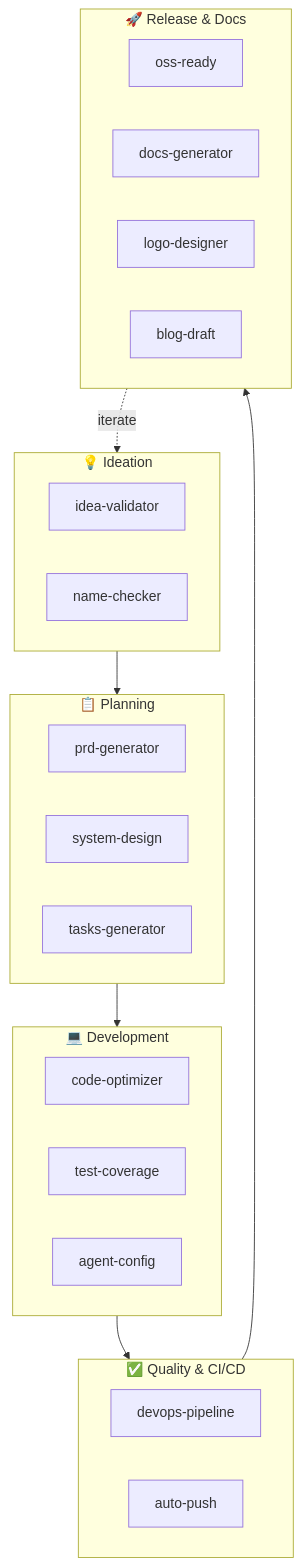
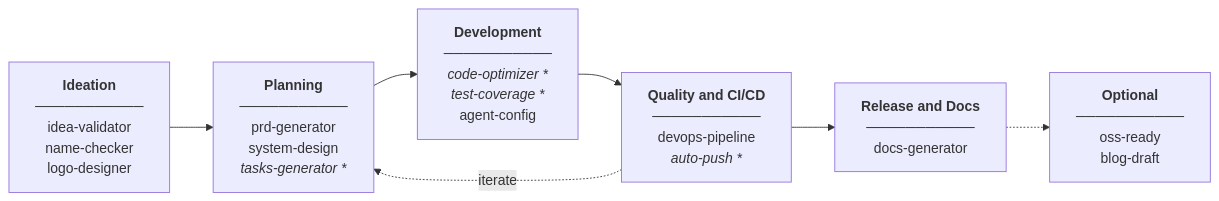
One commit to luongnv89/skills changed the diagram in README.md. Above: the diagram before and after it, drawn with Mermaid. The commit also changed other lines of this file, not shown here.

Commit message:
docs: update README with tagline, workflow diagram, and footer links

````diff
--- a/README.md
+++ b/README.md
@@ -33,37 +37,16 @@
 ```mermaid
-flowchart TB
-    subgraph IDEATION["💡 Ideation"]
-        I1[idea-validator]
-        I2[name-checker]
-    end
-
-    subgraph PLANNING["📋 Planning"]
-        P1[prd-generator]
-        P2[system-design]
-        P3[tasks-generator]
-    end
-
-    subgraph DEVELOPMENT["💻 Development"]
-        D1[code-optimizer]
-        D2[test-coverage]
-        D3[agent-config]
-    end
-
-    subgraph QUALITY["✅ Quality & CI/CD"]
-        Q1[devops-pipeline]
-        Q2[auto-push]
-    end
-
-    subgraph RELEASE["🚀 Release & Docs"]
-        R1[oss-ready]
-        R2[docs-generator]
-        R3[logo-designer]
-        R4[blog-draft]
-    end
+flowchart LR
+    IDEATION["<b>Ideation</b><br/>───────────<br/>idea-validator<br/>name-checker<br/>logo-designer"]
+    PLANNING["<b>Planning</b><br/>───────────<br/>prd-generator<br/>system-design<br/><i>tasks-generator *</i>"]
+    DEVELOPMENT["<b>Development</b><br/>───────────<br/><i>code-optimizer *</i><br/><i>test-coverage *</i><br/>agent-config"]
+    QUALITY["<b>Quality and CI/CD</b><br/>───────────<br/>devops-pipeline<br/><i>auto-push *</i>"]
+    RELEASE["<b>Release and Docs</b><br/>───────────<br/>docs-generator"]
+    OPTIONAL["<b>Optional</b><br/>───────────<br/>oss-ready<br/>blog-draft"]
 
     IDEATION --> PLANNING
     PLANNING --> DEVELOPMENT
     DEVELOPMENT --> QUALITY
     QUALITY --> RELEASE
-    RELEASE -.->|iterate| IDEATION
+    QUALITY -.->|iterate| PLANNING
+    RELEASE -.-> OPTIONAL
 ```
````
